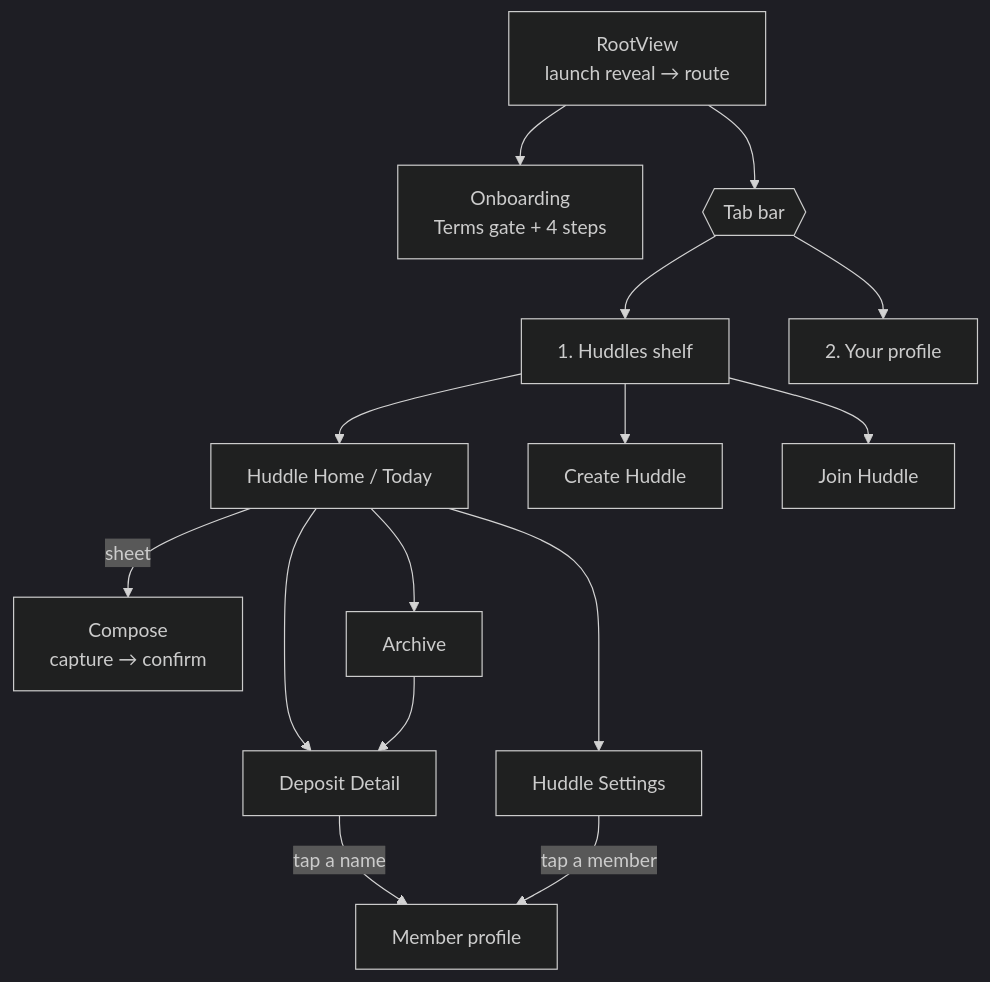
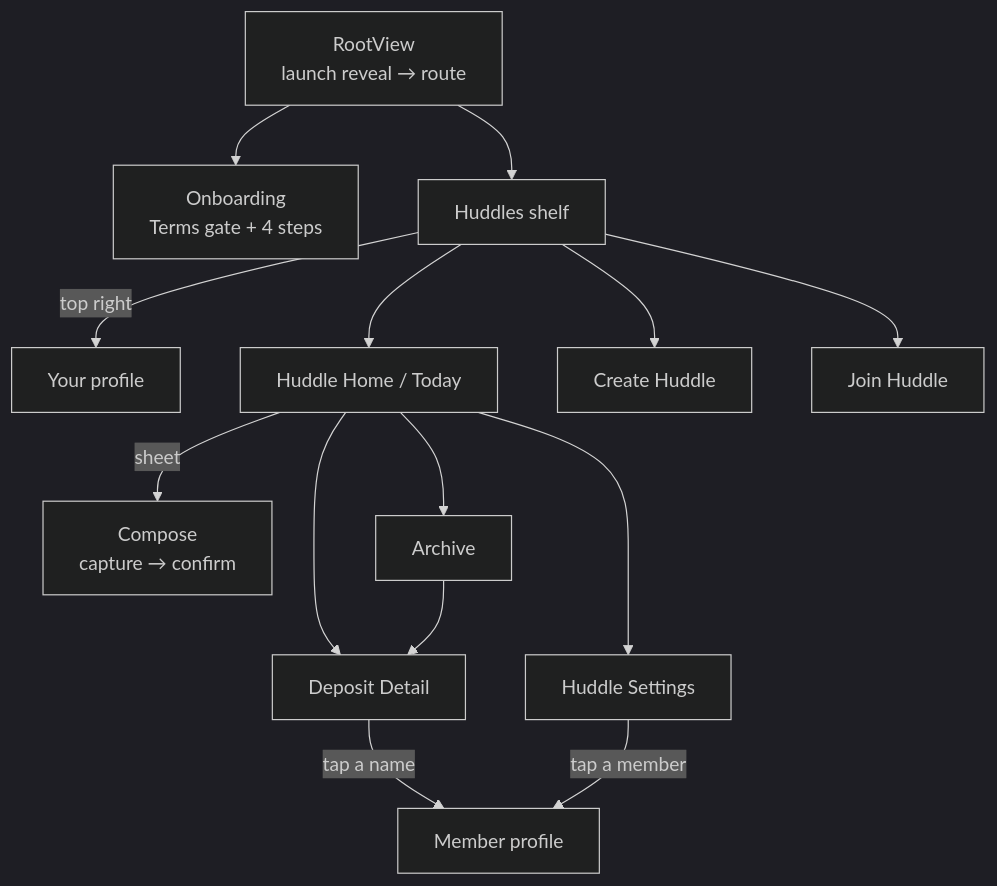
One commit to XpertiCON106/HuddlePals changed the second of 7 diagrams in HuddlePal/OVERVIEW.md. Above: the diagram before and after it, drawn with Mermaid (dark theme). The commit also changed other lines of this file and 38 other files, not shown here.

````diff
--- a/HuddlePal/OVERVIEW.md
+++ b/HuddlePal/OVERVIEW.md
@@ -91,17 +91,16 @@
 ```mermaid
 flowchart TD
     Root[RootView<br>launch reveal → route] --> OB[Onboarding<br>Terms gate + 4 steps]
-    Root --> Tabs{{Tab bar}}
-    Tabs --> List[1. Huddles shelf]
-    Tabs --> Prof[2. Your profile]
+    Root --> List[Huddles shelf]
+    List -- top right --> Prof[Your profile]
     List --> Home[Huddle Home / Today]
     List --> Create[Create Huddle]
     List --> Join[Join Huddle]
     Home -- sheet --> Compose[Compose<br>capture → confirm]
     Home --> Arch[Archive]
     Home --> Detail[Deposit Detail]
     Home --> Settings[Huddle Settings]
     Arch --> Detail
     Detail -- tap a name --> UP[Member profile]
     Settings -- tap a member --> UP
 ```
````
